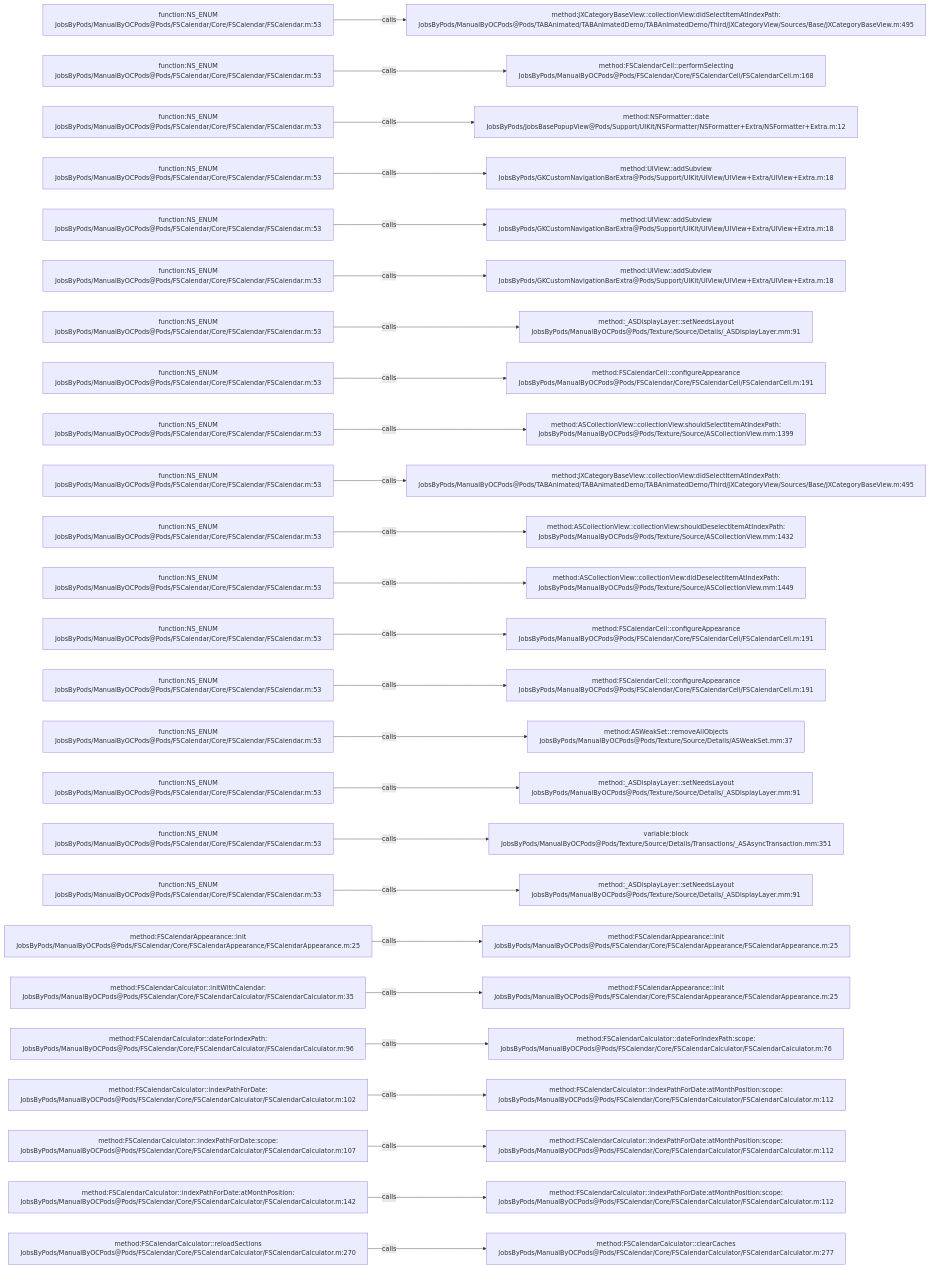
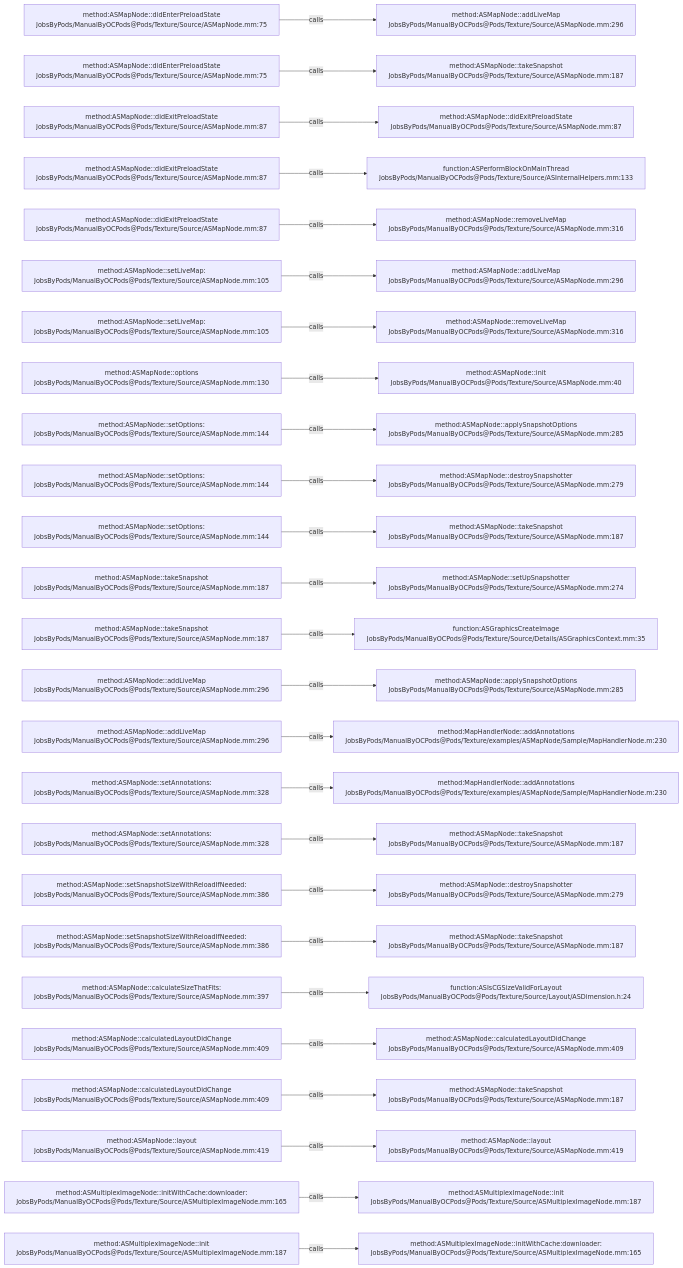
Before and after one commit to JobsKits/JobsOCBaseConfigDemo: the diagram in .codegraph/codegraph.md/graphs/calls-121.md, drawn with Mermaid. The commit also changed 2162 other files, not shown here.

````diff
--- a/.codegraph/codegraph.md/graphs/calls-121.md
+++ b/.codegraph/codegraph.md/graphs/calls-121.md
@@ -13,78 +13,78 @@
 ```mermaid
 flowchart LR
-  S1["function:NS_ENUM<br/>JobsByPods/ManualByOCPods@Pods/FSCalendar/Core/FSCalendar/FSCalendar.m:53"]
-  T1["method:JXCategoryBaseView::collectionView:didSelectItemAtIndexPath:<br/>JobsByPods/ManualByOCPods@Pods/TABAnimated/TABAnimatedDemo/TABAnimatedDemo/Third/JXCategoryView/Sources/Base/JXCategoryBaseView.m:495"]
+  S1["method:ASMapNode::didEnterPreloadState<br/>JobsByPods/ManualByOCPods@Pods/Texture/Source/ASMapNode.mm:75"]
+  T1["method:ASMapNode::addLiveMap<br/>JobsByPods/ManualByOCPods@Pods/Texture/Source/ASMapNode.mm:296"]
   S1 -->|calls| T1
-  S2["function:NS_ENUM<br/>JobsByPods/ManualByOCPods@Pods/FSCalendar/Core/FSCalendar/FSCalendar.m:53"]
-  T2["method:FSCalendarCell::performSelecting<br/>JobsByPods/ManualByOCPods@Pods/FSCalendar/Core/FSCalendarCell/FSCalendarCell.m:168"]
+  S2["method:ASMapNode::didEnterPreloadState<br/>JobsByPods/ManualByOCPods@Pods/Texture/Source/ASMapNode.mm:75"]
+  T2["method:ASMapNode::takeSnapshot<br/>JobsByPods/ManualByOCPods@Pods/Texture/Source/ASMapNode.mm:187"]
   S2 -->|calls| T2
-  S3["function:NS_ENUM<br/>JobsByPods/ManualByOCPods@Pods/FSCalendar/Core/FSCalendar/FSCalendar.m:53"]
-  T3["method:NSFormatter::date<br/>JobsByPods/JobsBasePopupView@Pods/Support/UIKit/NSFormatter/NSFormatter+Extra/NSFormatter+Extra.m:12"]
+  S3["method:ASMapNode::didExitPreloadState<br/>JobsByPods/ManualByOCPods@Pods/Texture/Source/ASMapNode.mm:87"]
+  T3["method:ASMapNode::didExitPreloadState<br/>JobsByPods/ManualByOCPods@Pods/Texture/Source/ASMapNode.mm:87"]
   S3 -->|calls| T3
-  S4["function:NS_ENUM<br/>JobsByPods/ManualByOCPods@Pods/FSCalendar/Core/FSCalendar/FSCalendar.m:53"]
-  T4["method:UIView::addSubview<br/>JobsByPods/GKCustomNavigationBarExtra@Pods/Support/UIKit/UIView/UIView+Extra/UIView+Extra.m:18"]
+  S4["method:ASMapNode::didExitPreloadState<br/>JobsByPods/ManualByOCPods@Pods/Texture/Source/ASMapNode.mm:87"]
+  T4["function:ASPerformBlockOnMainThread<br/>JobsByPods/ManualByOCPods@Pods/Texture/Source/ASInternalHelpers.mm:133"]
   S4 -->|calls| T4
-  S5["function:NS_ENUM<br/>JobsByPods/ManualByOCPods@Pods/FSCalendar/Core/FSCalendar/FSCalendar.m:53"]
-  T5["method:UIView::addSubview<br/>JobsByPods/GKCustomNavigationBarExtra@Pods/Support/UIKit/UIView/UIView+Extra/UIView+Extra.m:18"]
+  S5["method:ASMapNode::didExitPreloadState<br/>JobsByPods/ManualByOCPods@Pods/Texture/Source/ASMapNode.mm:87"]
+  T5["method:ASMapNode::removeLiveMap<br/>JobsByPods/ManualByOCPods@Pods/Texture/Source/ASMapNode.mm:316"]
   S5 -->|calls| T5
-  S6["function:NS_ENUM<br/>JobsByPods/ManualByOCPods@Pods/FSCalendar/Core/FSCalendar/FSCalendar.m:53"]
-  T6["method:UIView::addSubview<br/>JobsByPods/GKCustomNavigationBarExtra@Pods/Support/UIKit/UIView/UIView+Extra/UIView+Extra.m:18"]
+  S6["method:ASMapNode::setLiveMap:<br/>JobsByPods/ManualByOCPods@Pods/Texture/Source/ASMapNode.mm:105"]
+  T6["method:ASMapNode::addLiveMap<br/>JobsByPods/ManualByOCPods@Pods/Texture/Source/ASMapNode.mm:296"]
   S6 -->|calls| T6
-  S7["function:NS_ENUM<br/>JobsByPods/ManualByOCPods@Pods/FSCalendar/Core/FSCalendar/FSCalendar.m:53"]
-  T7["method:_ASDisplayLayer::setNeedsLayout<br/>JobsByPods/ManualByOCPods@Pods/Texture/Source/Details/_ASDisplayLayer.mm:91"]
+  S7["method:ASMapNode::setLiveMap:<br/>JobsByPods/ManualByOCPods@Pods/Texture/Source/ASMapNode.mm:105"]
+  T7["method:ASMapNode::removeLiveMap<br/>JobsByPods/ManualByOCPods@Pods/Texture/Source/ASMapNode.mm:316"]
   S7 -->|calls| T7
-  S8["function:NS_ENUM<br/>JobsByPods/ManualByOCPods@Pods/FSCalendar/Core/FSCalendar/FSCalendar.m:53"]
-  T8["method:FSCalendarCell::configureAppearance<br/>JobsByPods/ManualByOCPods@Pods/FSCalendar/Core/FSCalendarCell/FSCalendarCell.m:191"]
+  S8["method:ASMapNode::options<br/>JobsByPods/ManualByOCPods@Pods/Texture/Source/ASMapNode.mm:130"]
+  T8["method:ASMapNode::init<br/>JobsByPods/ManualByOCPods@Pods/Texture/Source/ASMapNode.mm:40"]
   S8 -->|calls| T8
-  S9["function:NS_ENUM<br/>JobsByPods/ManualByOCPods@Pods/FSCalendar/Core/FSCalendar/FSCalendar.m:53"]
-  T9["method:ASCollectionView::collectionView:shouldSelectItemAtIndexPath:<br/>JobsByPods/ManualByOCPods@Pods/Texture/Source/ASCollectionView.mm:1399"]
+  S9["method:ASMapNode::setOptions:<br/>JobsByPods/ManualByOCPods@Pods/Texture/Source/ASMapNode.mm:144"]
+  T9["method:ASMapNode::applySnapshotOptions<br/>JobsByPods/ManualByOCPods@Pods/Texture/Source/ASMapNode.mm:285"]
   S9 -->|calls| T9
-  S10["function:NS_ENUM<br/>JobsByPods/ManualByOCPods@Pods/FSCalendar/Core/FSCalendar/FSCalendar.m:53"]
-  T10["method:JXCategoryBaseView::collectionView:didSelectItemAtIndexPath:<br/>JobsByPods/ManualByOCPods@Pods/TABAnimated/TABAnimatedDemo/TABAnimatedDemo/Third/JXCategoryView/Sources/Base/JXCategoryBaseView.m:495"]
+  S10["method:ASMapNode::setOptions:<br/>JobsByPods/ManualByOCPods@Pods/Texture/Source/ASMapNode.mm:144"]
+  T10["method:ASMapNode::destroySnapshotter<br/>JobsByPods/ManualByOCPods@Pods/Texture/Source/ASMapNode.mm:279"]
   S10 -->|calls| T10
-  S11["function:NS_ENUM<br/>JobsByPods/ManualByOCPods@Pods/FSCalendar/Core/FSCalendar/FSCalendar.m:53"]
-  T11["method:ASCollectionView::collectionView:shouldDeselectItemAtIndexPath:<br/>JobsByPods/ManualByOCPods@Pods/Texture/Source/ASCollectionView.mm:1432"]
+  S11["method:ASMapNode::setOptions:<br/>JobsByPods/ManualByOCPods@Pods/Texture/Source/ASMapNode.mm:144"]
+  T11["method:ASMapNode::takeSnapshot<br/>JobsByPods/ManualByOCPods@Pods/Texture/Source/ASMapNode.mm:187"]
   S11 -->|calls| T11
-  S12["function:NS_ENUM<br/>JobsByPods/ManualByOCPods@Pods/FSCalendar/Core/FSCalendar/FSCalendar.m:53"]
-  T12["method:ASCollectionView::collectionView:didDeselectItemAtIndexPath:<br/>JobsByPods/ManualByOCPods@Pods/Texture/Source/ASCollectionView.mm:1449"]
+  S12["method:ASMapNode::takeSnapshot<br/>JobsByPods/ManualByOCPods@Pods/Texture/Source/ASMapNode.mm:187"]
+  T12["method:ASMapNode::setUpSnapshotter<br/>JobsByPods/ManualByOCPods@Pods/Texture/Source/ASMapNode.mm:274"]
   S12 -->|calls| T12
-  S13["function:NS_ENUM<br/>JobsByPods/ManualByOCPods@Pods/FSCalendar/Core/FSCalendar/FSCalendar.m:53"]
-  T13["method:FSCalendarCell::configureAppearance<br/>JobsByPods/ManualByOCPods@Pods/FSCalendar/Core/FSCalendarCell/FSCalendarCell.m:191"]
+  S13["method:ASMapNode::takeSnapshot<br/>JobsByPods/ManualByOCPods@Pods/Texture/Source/ASMapNode.mm:187"]
+  T13["function:ASGraphicsCreateImage<br/>JobsByPods/ManualByOCPods@Pods/Texture/Source/Details/ASGraphicsContext.mm:35"]
   S13 -->|calls| T13
-  S14["function:NS_ENUM<br/>JobsByPods/ManualByOCPods@Pods/FSCalendar/Core/FSCalendar/FSCalendar.m:53"]
-  T14["method:FSCalendarCell::configureAppearance<br/>JobsByPods/ManualByOCPods@Pods/FSCalendar/Core/FSCalendarCell/FSCalendarCell.m:191"]
+  S14["method:ASMapNode::addLiveMap<br/>JobsByPods/ManualByOCPods@Pods/Texture/Source/ASMapNode.mm:296"]
+  T14["method:ASMapNode::applySnapshotOptions<br/>JobsByPods/ManualByOCPods@Pods/Texture/Source/ASMapNode.mm:285"]
   S14 -->|calls| T14
-  S15["function:NS_ENUM<br/>JobsByPods/ManualByOCPods@Pods/FSCalendar/Core/FSCalendar/FSCalendar.m:53"]
-  T15["method:ASWeakSet::removeAllObjects<br/>JobsByPods/ManualByOCPods@Pods/Texture/Source/Details/ASWeakSet.mm:37"]
+  S15["method:ASMapNode::addLiveMap<br/>JobsByPods/ManualByOCPods@Pods/Texture/Source/ASMapNode.mm:296"]
+  T15["method:MapHandlerNode::addAnnotations<br/>JobsByPods/ManualByOCPods@Pods/Texture/examples/ASMapNode/Sample/MapHandlerNode.m:230"]
   S15 -->|calls| T15
-  S16["function:NS_ENUM<br/>JobsByPods/ManualByOCPods@Pods/FSCalendar/Core/FSCalendar/FSCalendar.m:53"]
-  T16["method:_ASDisplayLayer::setNeedsLayout<br/>JobsByPods/ManualByOCPods@Pods/Texture/Source/Details/_ASDisplayLayer.mm:91"]
+  S16["method:ASMapNode::setAnnotations:<br/>JobsByPods/ManualByOCPods@Pods/Texture/Source/ASMapNode.mm:328"]
+  T16["method:MapHandlerNode::addAnnotations<br/>JobsByPods/ManualByOCPods@Pods/Texture/examples/ASMapNode/Sample/MapHandlerNode.m:230"]
   S16 -->|calls| T16
-  S17["function:NS_ENUM<br/>JobsByPods/ManualByOCPods@Pods/FSCalendar/Core/FSCalendar/FSCalendar.m:53"]
-  T17["variable:block<br/>JobsByPods/ManualByOCPods@Pods/Texture/Source/Details/Transactions/_ASAsyncTransaction.mm:351"]
+  S17["method:ASMapNode::setAnnotations:<br/>JobsByPods/ManualByOCPods@Pods/Texture/Source/ASMapNode.mm:328"]
+  T17["method:ASMapNode::takeSnapshot<br/>JobsByPods/ManualByOCPods@Pods/Texture/Source/ASMapNode.mm:187"]
   S17 -->|calls| T17
-  S18["function:NS_ENUM<br/>JobsByPods/ManualByOCPods@Pods/FSCalendar/Core/FSCalendar/FSCalendar.m:53"]
-  T18["method:_ASDisplayLayer::setNeedsLayout<br/>JobsByPods/ManualByOCPods@Pods/Texture/Source/Details/_ASDisplayLayer.mm:91"]
+  S18["method:ASMapNode::setSnapshotSizeWithReloadIfNeeded:<br/>JobsByPods/ManualByOCPods@Pods/Texture/Source/ASMapNode.mm:386"]
+  T18["method:ASMapNode::destroySnapshotter<br/>JobsByPods/ManualByOCPods@Pods/Texture/Source/ASMapNode.mm:279"]
   S18 -->|calls| T18
-  S19["method:FSCalendarAppearance::init<br/>JobsByPods/ManualByOCPods@Pods/FSCalendar/Core/FSCalendarAppearance/FSCalendarAppearance.m:25"]
-  T19["method:FSCalendarAppearance::init<br/>JobsByPods/ManualByOCPods@Pods/FSCalendar/Core/FSCalendarAppearance/FSCalendarAppearance.m:25"]
+  S19["method:ASMapNode::setSnapshotSizeWithReloadIfNeeded:<br/>JobsByPods/ManualByOCPods@Pods/Texture/Source/ASMapNode.mm:386"]
+  T19["method:ASMapNode::takeSnapshot<br/>JobsByPods/ManualByOCPods@Pods/Texture/Source/ASMapNode.mm:187"]
   S19 -->|calls| T19
-  S20["method:FSCalendarCalculator::initWithCalendar:<br/>JobsByPods/ManualByOCPods@Pods/FSCalendar/Core/FSCalendarCalculator/FSCalendarCalculator.m:35"]
-  T20["method:FSCalendarAppearance::init<br/>JobsByPods/ManualByOCPods@Pods/FSCalendar/Core/FSCalendarAppearance/FSCalendarAppearance.m:25"]
+  S20["method:ASMapNode::calculateSizeThatFits:<br/>JobsByPods/ManualByOCPods@Pods/Texture/Source/ASMapNode.mm:397"]
+  T20["function:ASIsCGSizeValidForLayout<br/>JobsByPods/ManualByOCPods@Pods/Texture/Source/Layout/ASDimension.h:24"]
   S20 -->|calls| T20
-  S21["method:FSCalendarCalculator::dateForIndexPath:<br/>JobsByPods/ManualByOCPods@Pods/FSCalendar/Core/FSCalendarCalculator/FSCalendarCalculator.m:96"]
-  T21["method:FSCalendarCalculator::dateForIndexPath:scope:<br/>JobsByPods/ManualByOCPods@Pods/FSCalendar/Core/FSCalendarCalculator/FSCalendarCalculator.m:76"]
+  S21["method:ASMapNode::calculatedLayoutDidChange<br/>JobsByPods/ManualByOCPods@Pods/Texture/Source/ASMapNode.mm:409"]
+  T21["method:ASMapNode::calculatedLayoutDidChange<br/>JobsByPods/ManualByOCPods@Pods/Texture/Source/ASMapNode.mm:409"]
   S21 -->|calls| T21
-  S22["method:FSCalendarCalculator::indexPathForDate:<br/>JobsByPods/ManualByOCPods@Pods/FSCalendar/Core/FSCalendarCalculator/FSCalendarCalculator.m:102"]
-  T22["method:FSCalendarCalculator::indexPathForDate:atMonthPosition:scope:<br/>JobsByPods/ManualByOCPods@Pods/FSCalendar/Core/FSCalendarCalculator/FSCalendarCalculator.m:112"]
+  S22["method:ASMapNode::calculatedLayoutDidChange<br/>JobsByPods/ManualByOCPods@Pods/Texture/Source/ASMapNode.mm:409"]
+  T22["method:ASMapNode::takeSnapshot<br/>JobsByPods/ManualByOCPods@Pods/Texture/Source/ASMapNode.mm:187"]
   S22 -->|calls| T22
-  S23["method:FSCalendarCalculator::indexPathForDate:scope:<br/>JobsByPods/ManualByOCPods@Pods/FSCalendar/Core/FSCalendarCalculator/FSCalendarCalculator.m:107"]
-  T23["method:FSCalendarCalculator::indexPathForDate:atMonthPosition:scope:<br/>JobsByPods/ManualByOCPods@Pods/FSCalendar/Core/FSCalendarCalculator/FSCalendarCalculator.m:112"]
+  S23["method:ASMapNode::layout<br/>JobsByPods/ManualByOCPods@Pods/Texture/Source/ASMapNode.mm:419"]
+  T23["method:ASMapNode::layout<br/>JobsByPods/ManualByOCPods@Pods/Texture/Source/ASMapNode.mm:419"]
   S23 -->|calls| T23
-  S24["method:FSCalendarCalculator::indexPathForDate:atMonthPosition:<br/>JobsByPods/ManualByOCPods@Pods/FSCalendar/Core/FSCalendarCalculator/FSCalendarCalculator.m:142"]
-  T24["method:FSCalendarCalculator::indexPathForDate:atMonthPosition:scope:<br/>JobsByPods/ManualByOCPods@Pods/FSCalendar/Core/FSCalendarCalculator/FSCalendarCalculator.m:112"]
+  S24["method:ASMultiplexImageNode::initWithCache:downloader:<br/>JobsByPods/ManualByOCPods@Pods/Texture/Source/ASMultiplexImageNode.mm:165"]
+  T24["method:ASMultiplexImageNode::init<br/>JobsByPods/ManualByOCPods@Pods/Texture/Source/ASMultiplexImageNode.mm:187"]
   S24 -->|calls| T24
-  S25["method:FSCalendarCalculator::reloadSections<br/>JobsByPods/ManualByOCPods@Pods/FSCalendar/Core/FSCalendarCalculator/FSCalendarCalculator.m:270"]
-  T25["method:FSCalendarCalculator::clearCaches<br/>JobsByPods/ManualByOCPods@Pods/FSCalendar/Core/FSCalendarCalculator/FSCalendarCalculator.m:277"]
+  S25["method:ASMultiplexImageNode::init<br/>JobsByPods/ManualByOCPods@Pods/Texture/Source/ASMultiplexImageNode.mm:187"]
+  T25["method:ASMultiplexImageNode::initWithCache:downloader:<br/>JobsByPods/ManualByOCPods@Pods/Texture/Source/ASMultiplexImageNode.mm:165"]
   S25 -->|calls| T25
 ```
````
